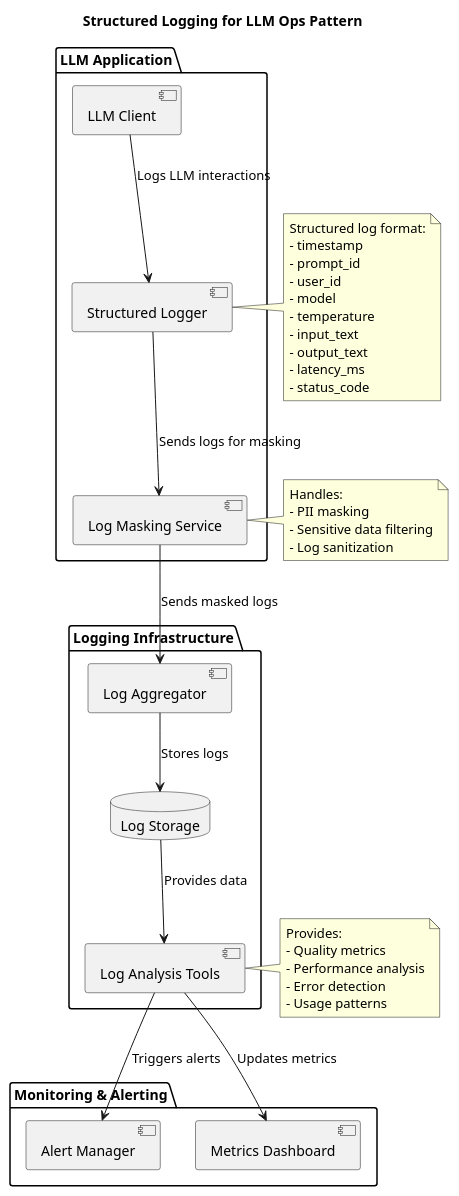
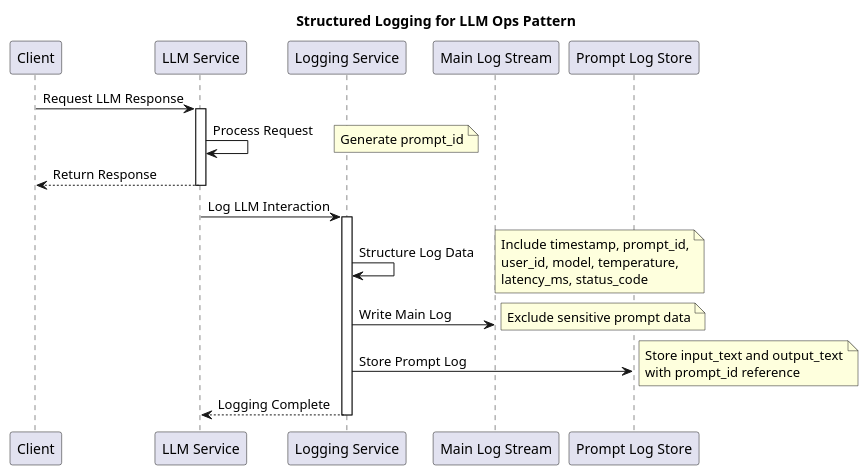
One commit to shibuiwilliam/llm-engineering-practices changed the diagram in patterns/1_basic_foundation_patterns_group/uml/structured_logging_for_llm_ops_pattern.puml. Above: the diagram before and after it, drawn with PlantUML. The commit also changed 24 other files, not shown here.

```diff
--- a/patterns/1_basic_foundation_patterns_group/uml/structured_logging_for_llm_ops_pattern.puml
+++ b/patterns/1_basic_foundation_patterns_group/uml/structured_logging_for_llm_ops_pattern.puml
@@ -1,63 +1,34 @@
-@startuml structured_logging_for_llm_ops_pattern
-
-skinparam componentStyle uml2
-skinparam backgroundColor white
-skinparam handwritten false
-
+@startuml
 title Structured Logging for LLM Ops Pattern
 
-package "LLM Application" {
-    [LLM Client] as client
-    [Structured Logger] as logger
-    [Log Masking Service] as masking
-}
+participant "Client" as client
+participant "LLM Service" as llm
+participant "Logging Service" as logger
+participant "Main Log Stream" as mainLog
+participant "Prompt Log Store" as promptLog
 
-package "Logging Infrastructure" {
-    [Log Aggregator] as aggregator
-    database "Log Storage" as storage
-    [Log Analysis Tools] as analysis
-}
+client -> llm: Request LLM Response
+activate llm
 
-package "Monitoring & Alerting" {
-    [Alert Manager] as alert
-    [Metrics Dashboard] as dashboard
-}
+llm -> llm: Process Request
+note right: Generate prompt_id
 
-' Relationships
-client --> logger : "Logs LLM interactions"
-logger --> masking : "Sends logs for masking"
-masking --> aggregator : "Sends masked logs"
-aggregator --> storage : "Stores logs"
-storage --> analysis : "Provides data"
-analysis --> dashboard : "Updates metrics"
-analysis --> alert : "Triggers alerts"
+llm --> client: Return Response
+deactivate llm
 
-note right of logger
-  Structured log format:
-  - timestamp
-  - prompt_id
-  - user_id
-  - model
-  - temperature
-  - input_text
-  - output_text
-  - latency_ms
-  - status_code
-end note
+llm -> logger: Log LLM Interaction
+activate logger
 
-note right of masking
-  Handles:
-  - PII masking
-  - Sensitive data filtering
-  - Log sanitization
-end note
+logger -> logger: Structure Log Data
+note right: Include timestamp, prompt_id,\nuser_id, model, temperature,\nlatency_ms, status_code
 
-note right of analysis
-  Provides:
-  - Quality metrics
-  - Performance analysis
-  - Error detection
-  - Usage patterns
-end note
+logger -> mainLog: Write Main Log
+note right: Exclude sensitive prompt data
+
+logger -> promptLog: Store Prompt Log
+note right: Store input_text and output_text\nwith prompt_id reference
+
+logger --> llm: Logging Complete
+deactivate logger
 
 @enduml 
```
